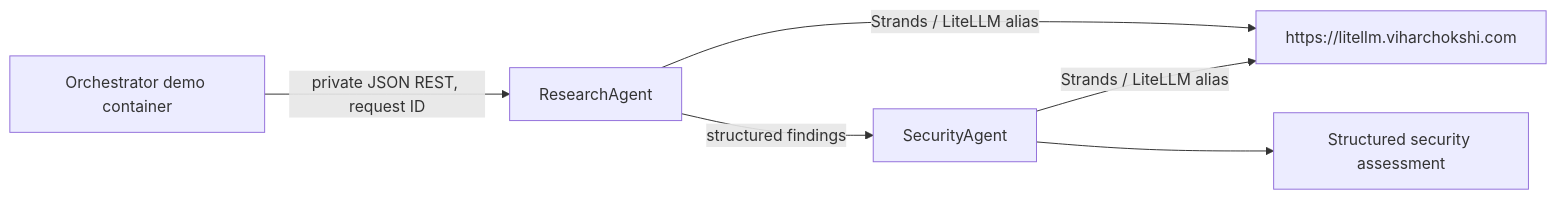
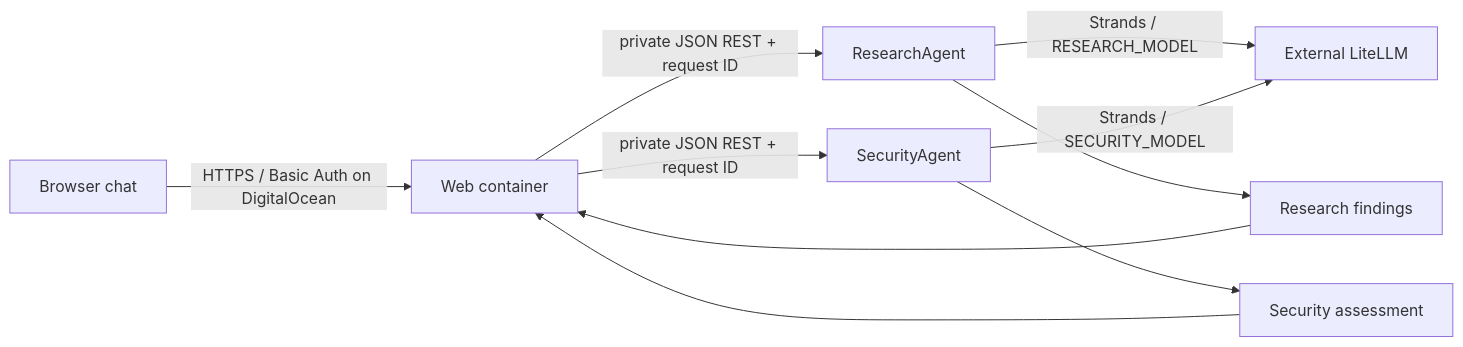
The diagram in README.md (vchokshi/viharbot), drawn with Mermaid before and after one commit. The commit also changed other lines of this file and 18 other files, not shown here.

Commit message:
Add web chat and DigitalOcean stage deployment

````diff
--- a/README.md
+++ b/README.md
@@ -7,8 +7,12 @@
 ```mermaid
 flowchart LR
-  O[Orchestrator demo container] -->|private JSON REST, request ID| R[ResearchAgent]
-  R -->|Strands / LiteLLM alias| L[https://litellm.viharchokshi.com]
-  R -->|structured findings| S[SecurityAgent]
-  S -->|Strands / LiteLLM alias| L
-  S --> A[Structured security assessment]
+  B[Browser chat] -->|HTTPS / Basic Auth on DigitalOcean| W[Web container]
+  W -->|private JSON REST + request ID| R[ResearchAgent]
+  W -->|private JSON REST + request ID| S[SecurityAgent]
+  R -->|Strands / RESEARCH_MODEL| L[External LiteLLM]
+  S -->|Strands / SECURITY_MODEL| L
+  R --> F[Research findings]
+  S --> A[Security assessment]
+  F --> W
+  A --> W
 ```
````
